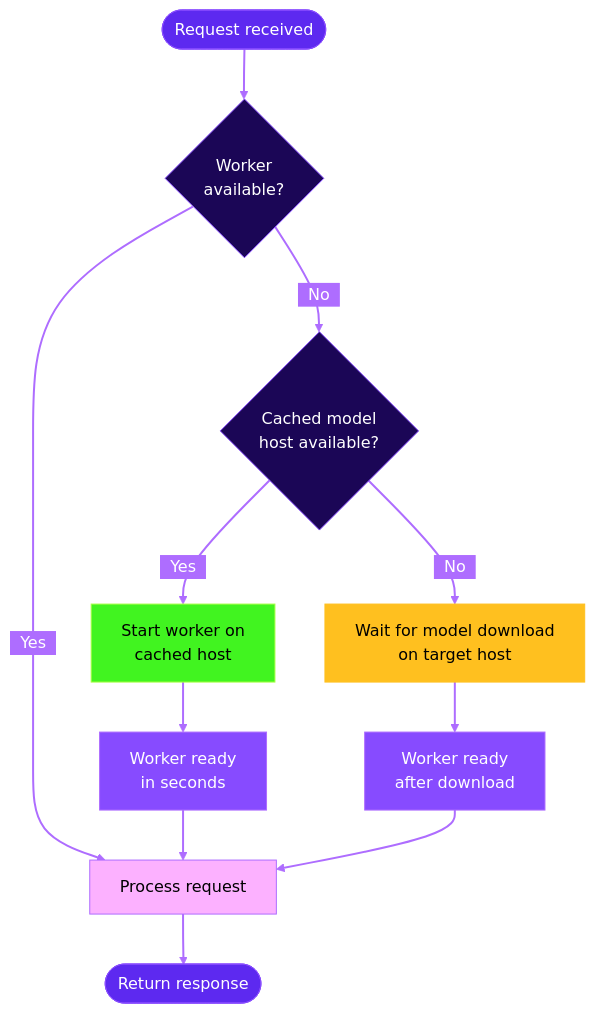
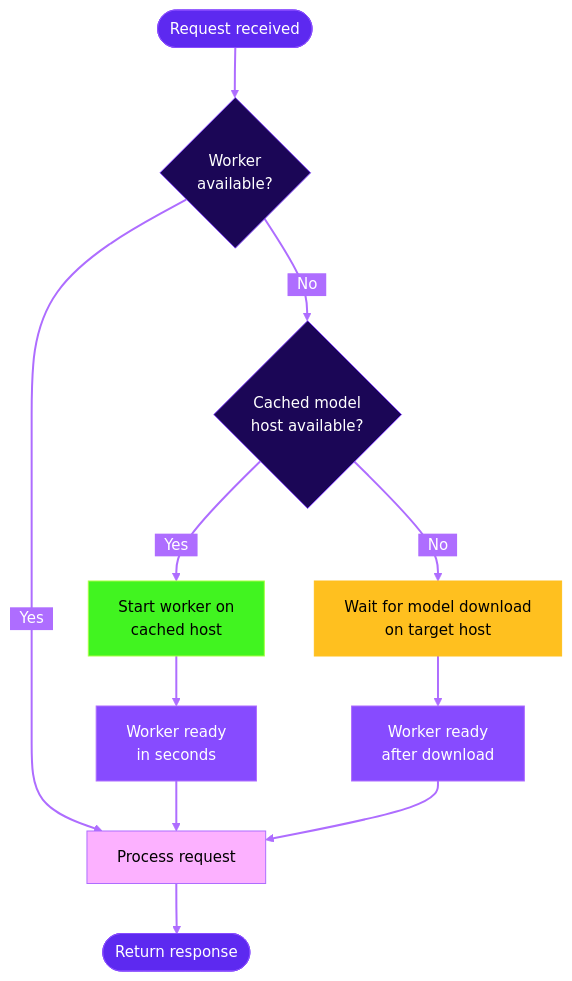
The diagram in serverless/endpoints/model-caching.mdx (runpod/docs), drawn with Mermaid before and after one commit. The commit also changed 1 other file, not shown here.

Commit message:
Add serverless request diagram

````diff
--- a/serverless/endpoints/model-caching.mdx
+++ b/serverless/endpoints/model-caching.mdx
@@ -27,32 +27,32 @@
 ```mermaid
-%%{init: {'theme':'base', 'themeVariables': { 'primaryColor':'#5D29F0','primaryTextColor':'#fff','primaryBorderColor':'#874BFF','lineColor':'#AE6DFF','secondaryColor':'#AE6DFF','tertiaryColor':'#FCB1FF','edgeLabelBackground':'#AE6DFF'}}}%%
+%%{init: {'theme':'base', 'themeVariables': { 'primaryColor':'#5D29F0','primaryTextColor':'#fff','primaryBorderColor':'#874BFF','lineColor':'#AE6DFF','secondaryColor':'#AE6DFF','tertiaryColor':'#FCB1FF','edgeLabelBackground':'#AE6DFF', 'fontSize':'15px'}}}%%
 
 flowchart TD
     Start([Request received]) --> CheckWorkers{Worker<br/>available?}
     
     CheckWorkers -->|"&nbsp;&nbsp;Yes&nbsp;&nbsp;"| Process[Process request]
     
     CheckWorkers -->|"&nbsp;&nbsp;No&nbsp;&nbsp;"| CheckCache{Cached model<br/>host available?}
     
     CheckCache -->|"&nbsp;&nbsp;Yes&nbsp;&nbsp;"| FastStart[Start worker on<br/>cached host]
     FastStart --> Ready1[Worker ready<br/>in seconds]
     Ready1 --> Process
     
     CheckCache -->|"&nbsp;&nbsp;No&nbsp;&nbsp;"| WaitForCache[Wait for model download<br/>on target host]
     WaitForCache --> Ready2[Worker ready<br/>after download]
     Ready2 --> Process
     
     Process --> Response([Return response])
 
     style Start fill:#5D29F0,stroke:#874BFF,color:#FFFFFF
     style Response fill:#5D29F0,stroke:#874BFF,color:#FFFFFF
     style FastStart fill:#41F420,stroke:#A7FF43,color:#000000
     style Ready1 fill:#874BFF,stroke:#AE6DFF,color:#FFFFFF
     style WaitForCache fill:#FFC01F,stroke:#FFC01F,color:#000000
     style Ready2 fill:#874BFF,stroke:#AE6DFF,color:#FFFFFF
     style CheckWorkers fill:#1B0656,stroke:#874BFF,color:#FFFFFF
     style CheckCache fill:#1B0656,stroke:#874BFF,color:#FFFFFF
     style Process fill:#FCB1FF,stroke:#AE6DFF,color:#000000
 
     linkStyle default stroke-width:2px
 ```
````
